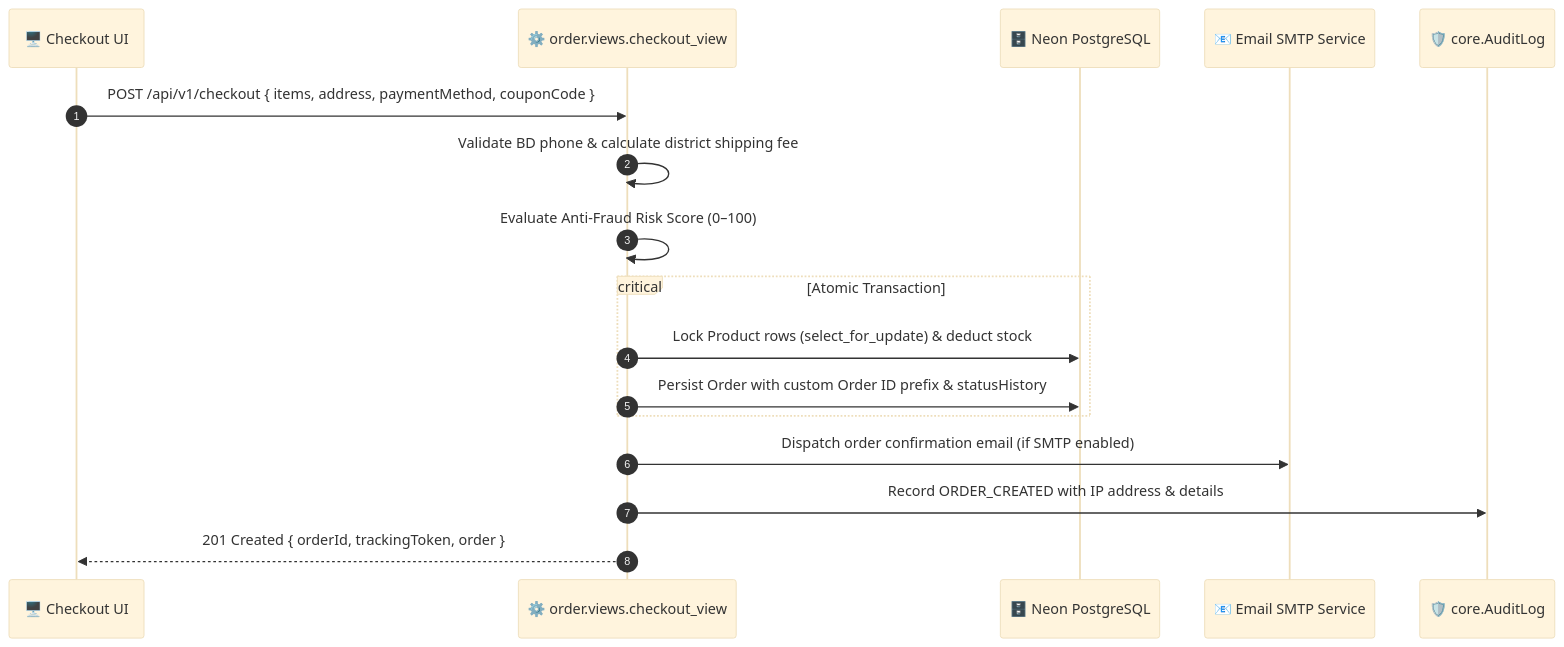
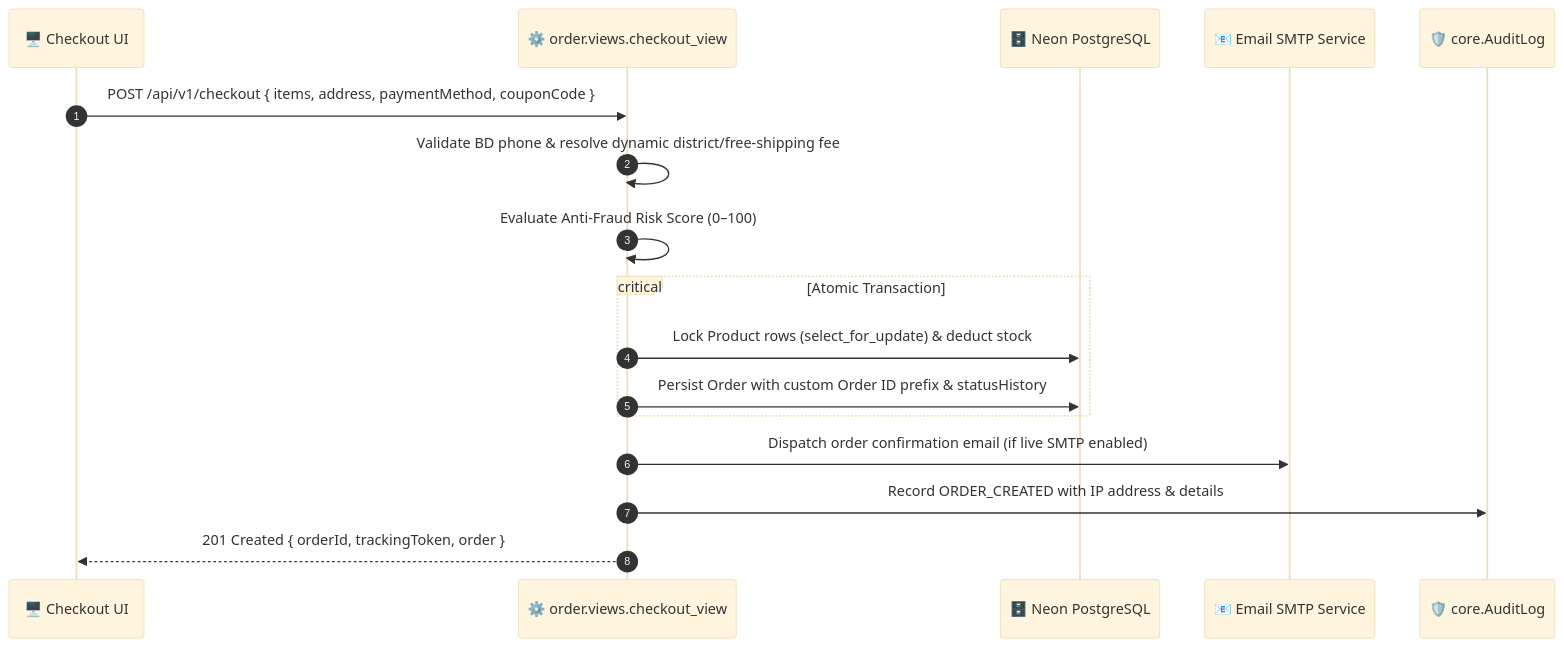
One commit to SayhamKayes/SKzCART-Ecommerce-Backend changed the second of 4 diagrams in README.md. Above: the diagram before and after it, drawn with Mermaid (base theme). The commit also changed other lines of this file, not shown here.

````diff
--- a/README.md
+++ b/README.md
@@ -76,20 +80,20 @@
 ```mermaid
 sequenceDiagram
     autonumber
     participant Client as 🖥️ Checkout UI
     participant OrderView as ⚙️ order.views.checkout_view
     participant DB as 🗄️ Neon PostgreSQL
     participant Notif as 📧 Email SMTP Service
     participant Audit as 🛡️ core.AuditLog
 
     Client->>OrderView: POST /api/v1/checkout { items, address, paymentMethod, couponCode }
-    OrderView->>OrderView: Validate BD phone & calculate district shipping fee
+    OrderView->>OrderView: Validate BD phone & resolve dynamic district/free-shipping fee
     OrderView->>OrderView: Evaluate Anti-Fraud Risk Score (0–100)
     critical Atomic Transaction
         OrderView->>DB: Lock Product rows (select_for_update) & deduct stock
         OrderView->>DB: Persist Order with custom Order ID prefix & statusHistory
     end
-    OrderView->>Notif: Dispatch order confirmation email (if SMTP enabled)
+    OrderView->>Notif: Dispatch order confirmation email (if live SMTP enabled)
     OrderView->>Audit: Record ORDER_CREATED with IP address & details
     OrderView-->>Client: 201 Created { orderId, trackingToken, order }
 ```
````
